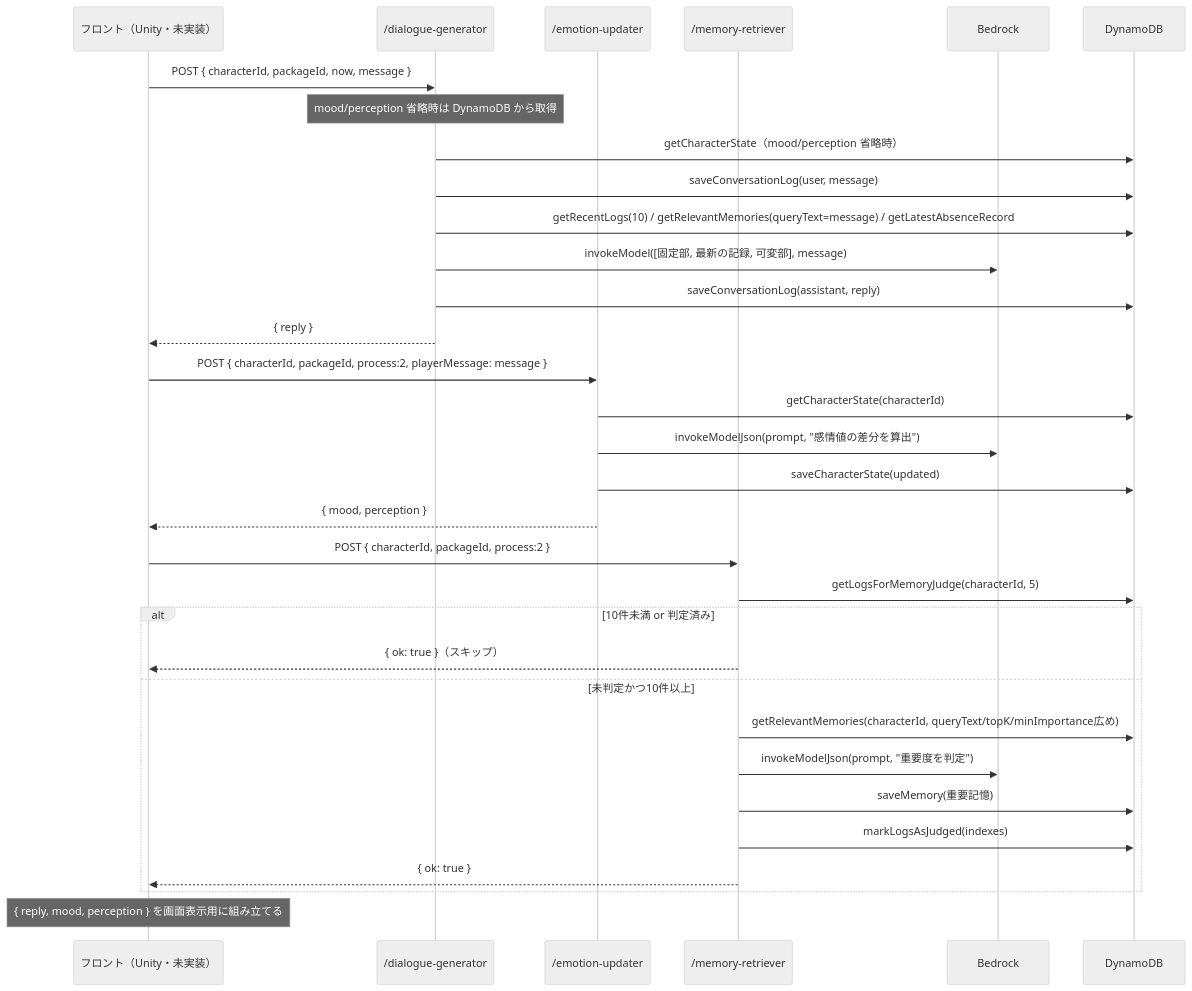
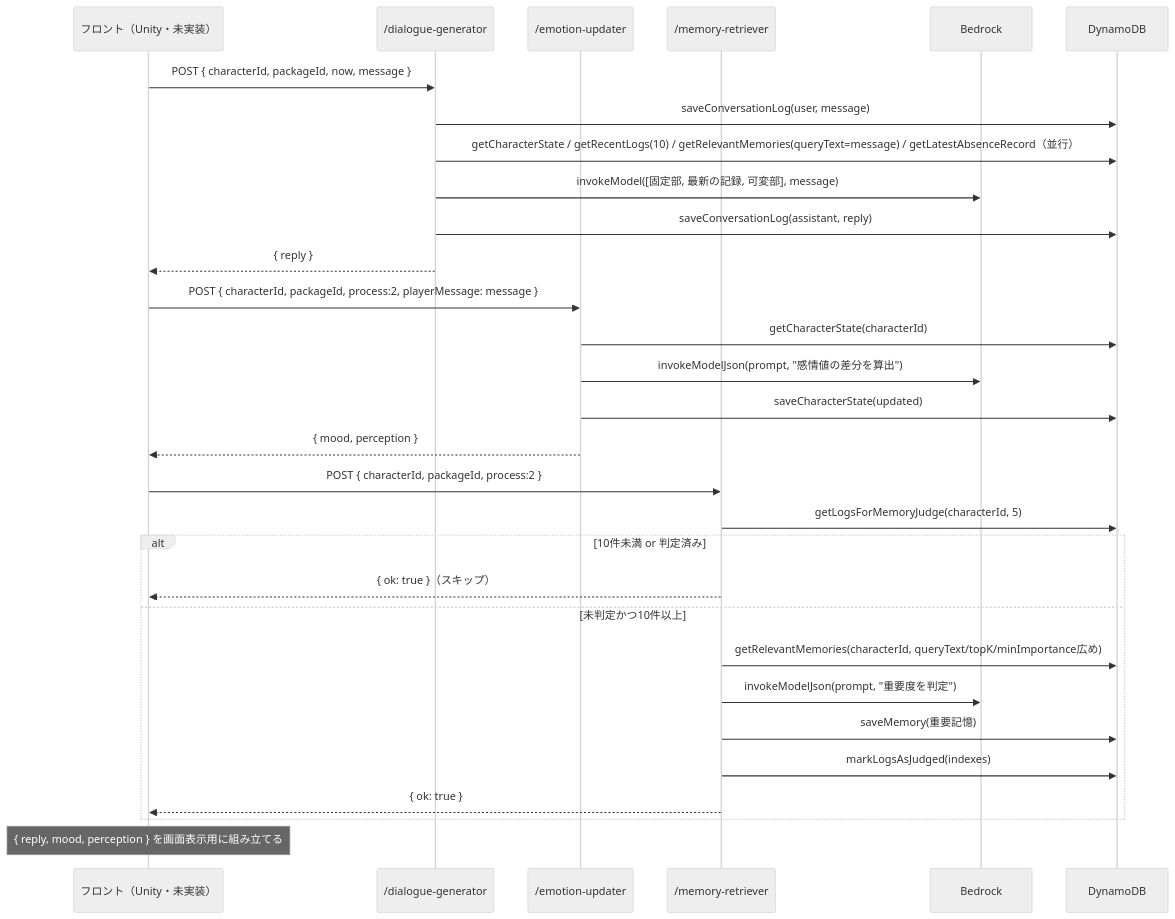
One commit to yatohana1231-ux/vtuber-simulator-api changed the sixth of 10 diagrams in README.md. Above: the diagram before and after it, drawn with Mermaid (neutral theme). The commit also changed other lines of this file and 12 other files, not shown here.

First line of the commit message:
feat: always read mood/perception from DynamoDB in dialogue-generator

````diff
--- a/README.md
+++ b/README.md
@@ -321,38 +321,36 @@
 ```mermaid
 sequenceDiagram
     participant Front as フロント（Unity・未実装）
     participant DG as /dialogue-generator
     participant EU as /emotion-updater
     participant MR as /memory-retriever
     participant BK as Bedrock
     participant DB as DynamoDB
 
     Front->>DG: POST { characterId, packageId, now, message }
-    Note over DG: mood/perception 省略時は DynamoDB から取得
-    DG->>DB: getCharacterState（mood/perception 省略時）
     DG->>DB: saveConversationLog(user, message)
-    DG->>DB: getRecentLogs(10) / getRelevantMemories(queryText=message) / getLatestAbsenceRecord
+    DG->>DB: getCharacterState / getRecentLogs(10) / getRelevantMemories(queryText=message) / getLatestAbsenceRecord（並行）
     DG->>BK: invokeModel([固定部, 最新の記録, 可変部], message)
     DG->>DB: saveConversationLog(assistant, reply)
     DG-->>Front: { reply }
 
     Front->>EU: POST { characterId, packageId, process:2, playerMessage: message }
     EU->>DB: getCharacterState(characterId)
     EU->>BK: invokeModelJson(prompt, "感情値の差分を算出")
     EU->>DB: saveCharacterState(updated)
     EU-->>Front: { mood, perception }
 
     Front->>MR: POST { characterId, packageId, process:2 }
     MR->>DB: getLogsForMemoryJudge(characterId, 5)
     alt 10件未満 or 判定済み
         MR-->>Front: { ok: true }（スキップ）
     else 未判定かつ10件以上
         MR->>DB: getRelevantMemories(characterId, queryText/topK/minImportance広め)
         MR->>BK: invokeModelJson(prompt, "重要度を判定")
         MR->>DB: saveMemory(重要記憶)
         MR->>DB: markLogsAsJudged(indexes)
         MR-->>Front: { ok: true }
     end
 
     Note over Front: { reply, mood, perception } を画面表示用に組み立てる
 ```
````
